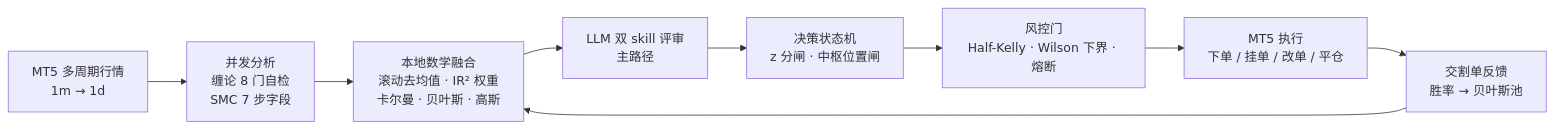
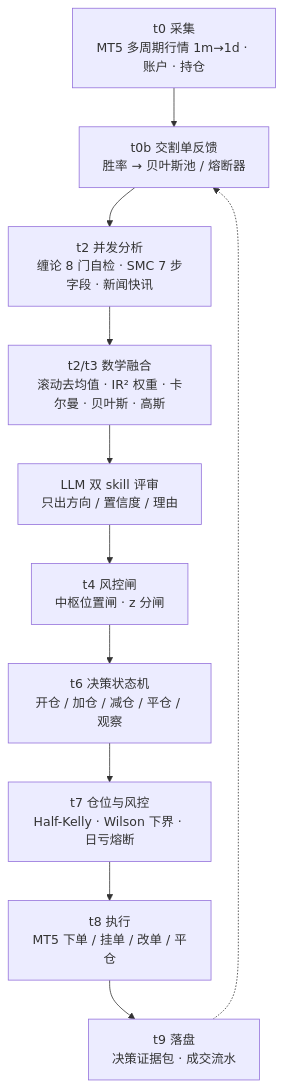
The diagram in README.md (xaiolin17/RoundTrip), drawn with Mermaid before and after one commit. The commit also changed other lines of this file, not shown here.

````diff
--- a/README.md
+++ b/README.md
@@ -15,11 +9,24 @@
 ```mermaid
-flowchart LR
-    A[MT5 多周期行情<br/>1m → 1d] --> B[并发分析<br/>缠论 8 门自检<br/>SMC 7 步字段]
-    B --> C[本地数学融合<br/>滚动去均值 · IR² 权重<br/>卡尔曼 · 贝叶斯 · 高斯]
-    C --> D[LLM 双 skill 评审<br/>主路径]
-    D --> E[决策状态机<br/>z 分闸 · 中枢位置闸]
-    E --> F[风控门<br/>Half-Kelly · Wilson 下界 · 熔断]
-    F --> G[MT5 执行<br/>下单 / 挂单 / 改单 / 平仓]
-    G --> H[交割单反馈<br/>胜率 → 贝叶斯池]
-    H --> C
+flowchart TD
+    T0["t0 采集<br/>MT5 多周期行情 1m→1d · 账户 · 持仓"]
+    FB["t0b 交割单反馈<br/>胜率 → 贝叶斯池 / 熔断器"]
+    T2["t2 并发分析<br/>缠论 8 门自检 · SMC 7 步字段 · 新闻快讯"]
+    FU["t2/t3 数学融合<br/>滚动去均值 · IR² 权重 · 卡尔曼 · 贝叶斯 · 高斯"]
+    LLM["LLM 双 skill 评审<br/>只出方向 / 置信度 / 理由"]
+    GATE["t4 风控闸<br/>中枢位置闸 · z 分闸"]
+    DEC["t6 决策状态机<br/>开仓 / 加仓 / 减仓 / 平仓 / 观察"]
+    RISK["t7 仓位与风控<br/>Half-Kelly · Wilson 下界 · 日亏熔断"]
+    EXE["t8 执行<br/>MT5 下单 / 挂单 / 改单 / 平仓"]
+    T9["t9 落盘<br/>决策证据包 · 成交流水"]
+
+    T0 --> FB
+    FB --> T2
+    T2 --> FU
+    FU --> LLM
+    LLM --> GATE
+    GATE --> DEC
+    DEC --> RISK
+    RISK --> EXE
+    EXE --> T9
+    T9 -.-> FB
 ```
````
